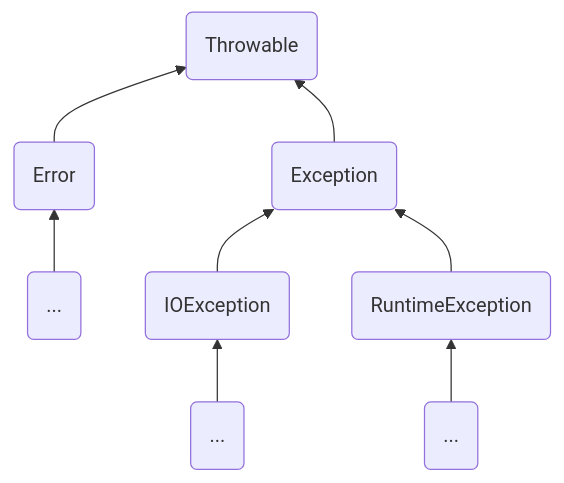
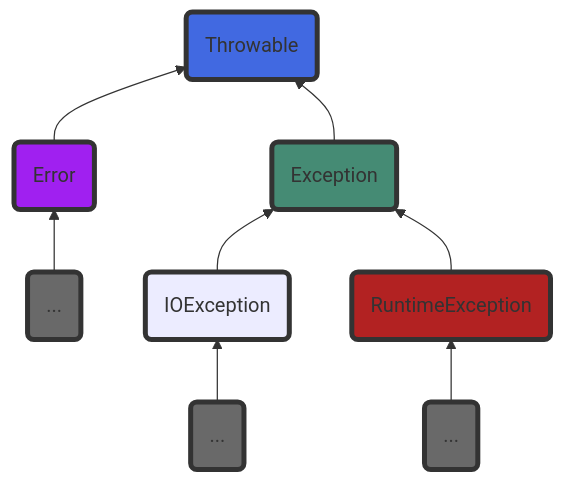
Before and after one commit to janwee-sha/java-in-practice: the first of 8 diagrams in README.md, drawn with Mermaid. The commit also changed other lines of this file and 37 other files, not shown here.

````diff
--- a/README.md
+++ b/README.md
@@ -24,10 +24,18 @@
 ```mermaid
 	graph BT
     I(...) --> D
 	J(...) --> E
 	G(...) --> B(Error)
 	D(IOException) --> C(Exception)
 	E(RuntimeException) --> C
 	B --> A(Throwable)
 	C --> A
+	style A fill:#4169E1,stroke:#333,stroke-width:4px;
+	style B fill:#A020F0,stroke:#333,stroke-width:4px;
+	style C fill:#458B74,stroke:#333,stroke-width:4px;
+	style D fill:##000000,stroke:#333,stroke-width:4px;
+	style E fill:#B22222,stroke:#333,stroke-width:4px;
+	style G fill:#696969,stroke:#333,stroke-width:4px;
+	style I fill:#696969,stroke:#333,stroke-width:4px;
+	style J fill:#696969,stroke:#333,stroke-width:4px;
 ```
````
